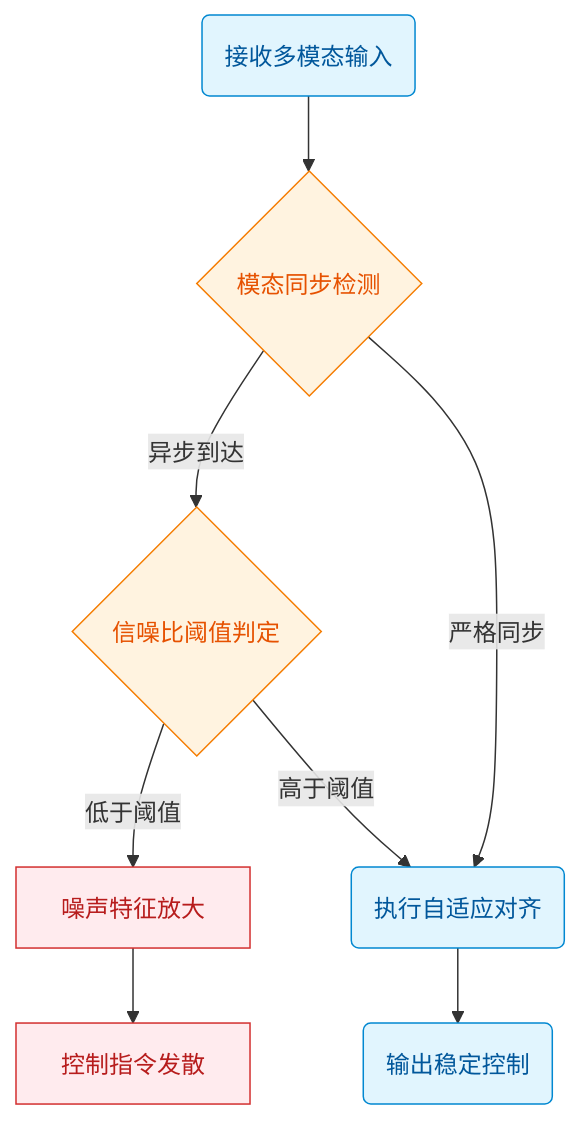
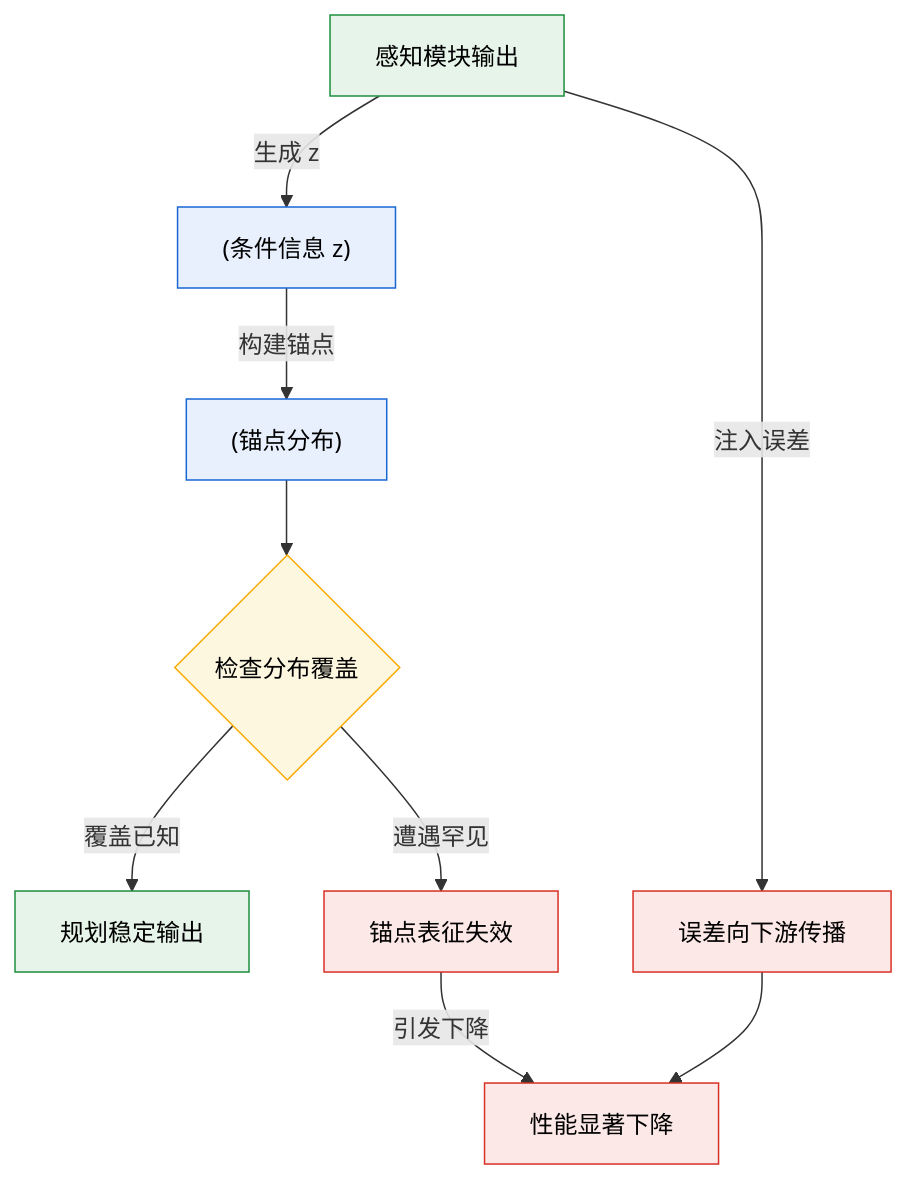
One commit to ShinewineW/paper-rolling changed the ninth of 10 diagrams in person_vault/2026-06-08_DiffusionDrive_2411.15139/report.md. Above: the diagram before and after it, drawn with Mermaid. The commit also changed other lines of this file and 51 other files, not shown here.

````diff
--- a/person_vault/2026-06-08_DiffusionDrive_2411.15139/report.md
+++ b/person_vault/2026-06-08_DiffusionDrive_2411.15139/report.md
@@ -425,23 +599,19 @@
 ```mermaid
-flowchart TB
-  classDef start_end fill:#e1f5fe,color:#01579b,stroke:#0288d1;
-  classDef decision fill:#fff3e0,color:#e65100,stroke:#f57c00;
-  classDef data fill:#f3e5f5,color:#4a148c,stroke:#7b1fa2;
-  classDef fail fill:#ffebee,color:#b71c1c,stroke:#d32f2f;
-
-  input_stream(接收多模态输入):::start_end
-  check_sync{模态同步检测}:::decision
-  check_noise{信噪比阈值判定}:::decision
-  align_gate(执行自适应对齐):::start_end
-  noise_amplify["噪声特征放大"]:::fail
-  control_diverge["控制指令发散"]:::fail
-  stable_output(输出稳定控制):::start_end
-
-  input_stream --> check_sync
-  check_sync -->|异步到达| check_noise
-  check_sync -->|严格同步| align_gate
-  check_noise -->|低于阈值| noise_amplify
-  check_noise -->|高于阈值| align_gate
-  noise_amplify --> control_diverge
-  align_gate --> stable_output
+flowchart TD
+    perception_out["感知模块输出"] -->|生成 z| cond_info_z["(条件信息 z)"]
+    cond_info_z -->|构建锚点| anchor_dist["(锚点分布)"]
+    anchor_dist --> dist_check{检查分布覆盖}
+    dist_check -->|覆盖已知| known_mode["规划稳定输出"]
+    dist_check -->|遭遇罕见| rare_scenario["锚点表征失效"]
+    rare_scenario -->|引发下降| perf_drop["性能显著下降"]
+    perception_out -->|注入误差| error_prop["误差向下游传播"]
+    error_prop --> perf_drop
+    classDef data fill:#e8f0fe,stroke:#1967d2,color:#000;
+    classDef decision fill:#fef7e0,stroke:#f9ab00,color:#000;
+    classDef process fill:#e6f4ea,stroke:#1e8e3e,color:#000;
+    classDef failure fill:#fce8e6,stroke:#d93025,color:#000;
+    class cond_info_z,anchor_dist data;
+    class dist_check decision;
+    class perception_out,known_mode process;
+    class rare_scenario,error_prop,perf_drop failure;
 ```
````
